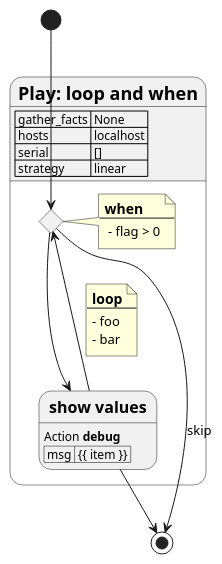
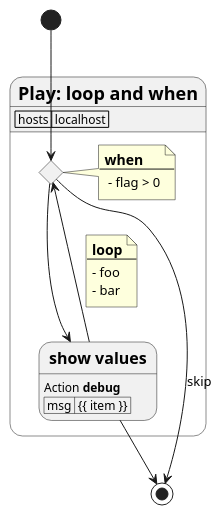
Before and after one commit to teramako/playbook2uml: the diagram in test_playbook/expects/book_7_loop_and_when.puml, drawn with PlantUML. The commit also changed 8 other files, not shown here.

First line of the commit message:
[test] fix expected results for PlantUML #11

```diff
--- a/test_playbook/expects/book_7_loop_and_when.puml
+++ b/test_playbook/expects/book_7_loop_and_when.puml
@@ -1,28 +1,25 @@
 @startuml
 state "= Play: loop and when" as play_1 {
-    play_1 : | gather_facts | None |
     play_1 : | hosts | localhost |
-    play_1 : | serial | [] |
-    play_1 : | strategy | linear |
     state task_1_when <<choice>>
     note right of task_1_when
         === when
         ----
          - flag > 0
     end note
     state "== show values" as task_1
     task_1 : Action **debug**
     task_1 : | msg | {{ item }} |
 }
 [*] --> task_1_when
 task_1_when --> task_1
 task_1 --> [*]
 task_1_when --> [*] : skip
 task_1 --> task_1_when
 note on link
     === loop
     ----
     - foo
     - bar
 end note
 @enduml
```
